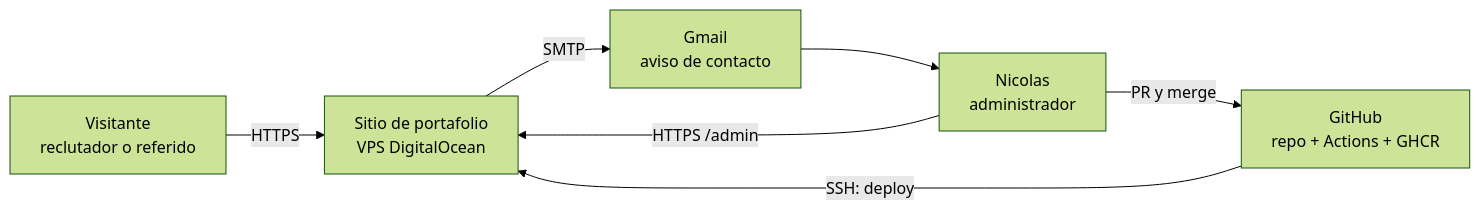
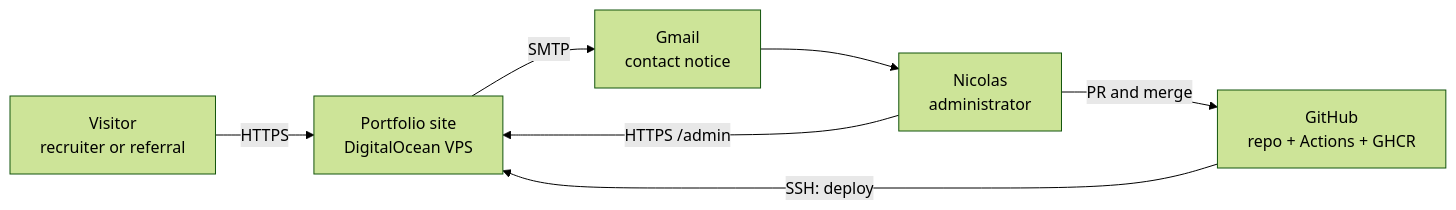
One commit to GearXnico/Portafolio-Page changed the first of 3 diagrams in docs/architecture.md. Above: the diagram before and after it, drawn with Mermaid (forest theme). The commit also changed other lines of this file, not shown here.

First line of the commit message:
docs: translate the architecture document to English

````diff
--- a/docs/architecture.md
+++ b/docs/architecture.md
@@ -31,9 +31,9 @@
 ```mermaid
 flowchart LR
-    V[Visitante<br/>reclutador o referido] -->|HTTPS| S[Sitio de portafolio<br/>VPS DigitalOcean]
-    N[Nicolas<br/>administrador] -->|HTTPS /admin| S
-    S -->|SMTP| G[Gmail<br/>aviso de contacto]
+    V[Visitor<br/>recruiter or referral] -->|HTTPS| S[Portfolio site<br/>DigitalOcean VPS]
+    N[Nicolas<br/>administrator] -->|HTTPS /admin| S
+    S -->|SMTP| G[Gmail<br/>contact notice]
     G --> N
     GH[GitHub<br/>repo + Actions + GHCR] -->|SSH: deploy| S
-    N -->|PR y merge| GH
+    N -->|PR and merge| GH
 ```
````
